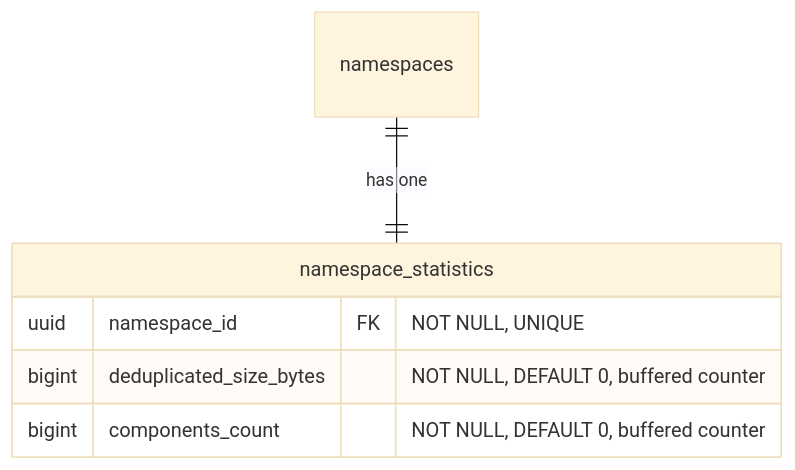
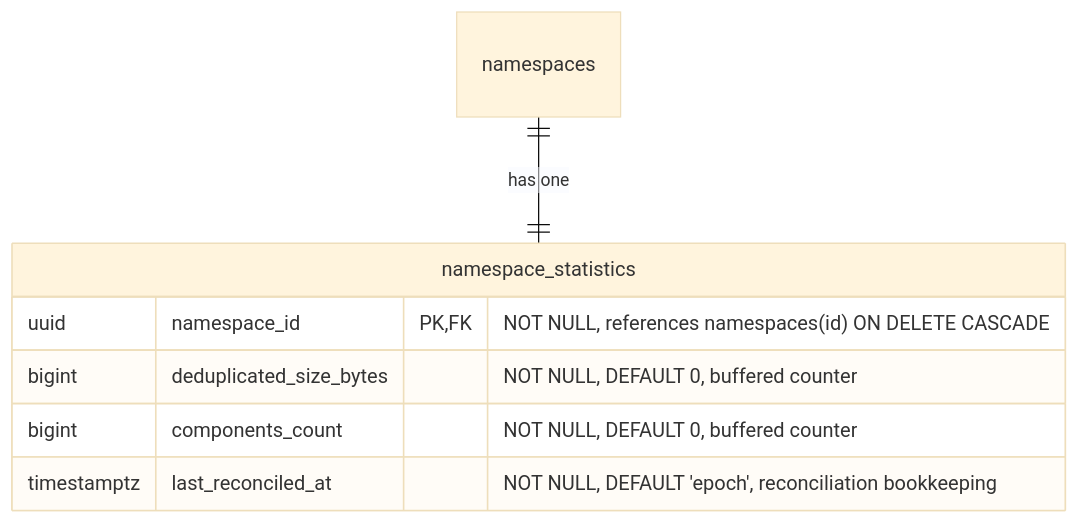
Diagram 18 of 19 in content/handbook/engineering/architecture/design-documents/artifact_registry/decisions/007_database_schema.md (kyama0/gitlab-handbook-ja), drawn with Mermaid (base theme) before and after one commit. The commit also changed other lines of this file and 98 other files, not shown here.

````diff
--- a/content/handbook/engineering/architecture/design-documents/artifact_registry/decisions/007_database_schema.md
+++ b/content/handbook/engineering/architecture/design-documents/artifact_registry/decisions/007_database_schema.md
@@ -1982,10 +1991,11 @@
 ```mermaid
 erDiagram
     namespaces ||--|| namespace_statistics : "has one"
 
     namespace_statistics {
-        uuid namespace_id FK "NOT NULL, UNIQUE"
+        uuid namespace_id PK,FK "NOT NULL, references namespaces(id) ON DELETE CASCADE"
         bigint deduplicated_size_bytes "NOT NULL, DEFAULT 0, buffered counter"
         bigint components_count "NOT NULL, DEFAULT 0, buffered counter"
+        timestamptz last_reconciled_at "NOT NULL, DEFAULT 'epoch', reconciliation bookkeeping"
     }
 ```
````
